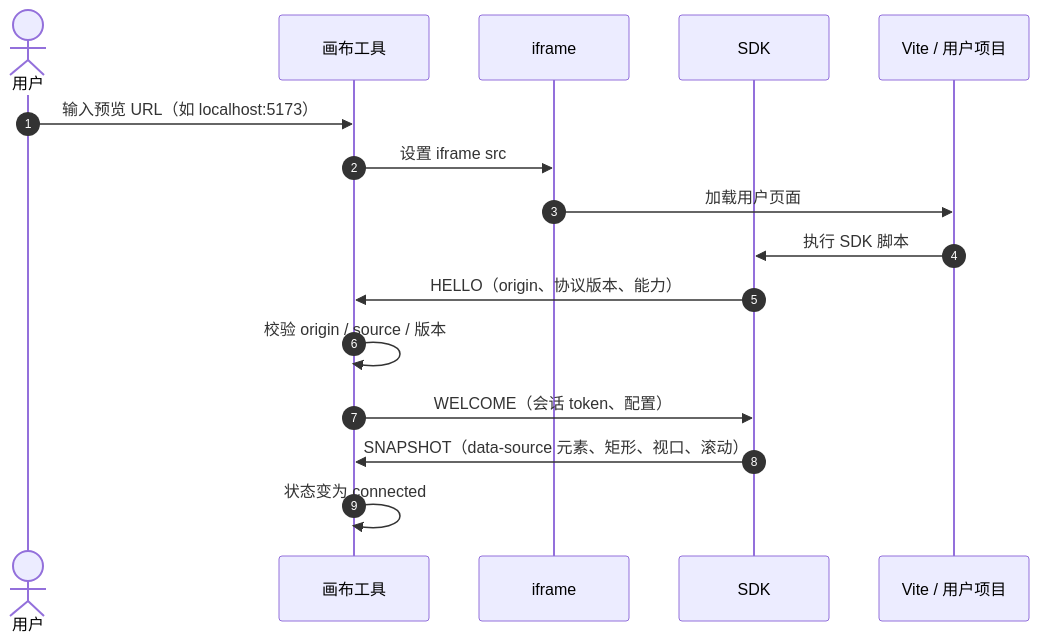
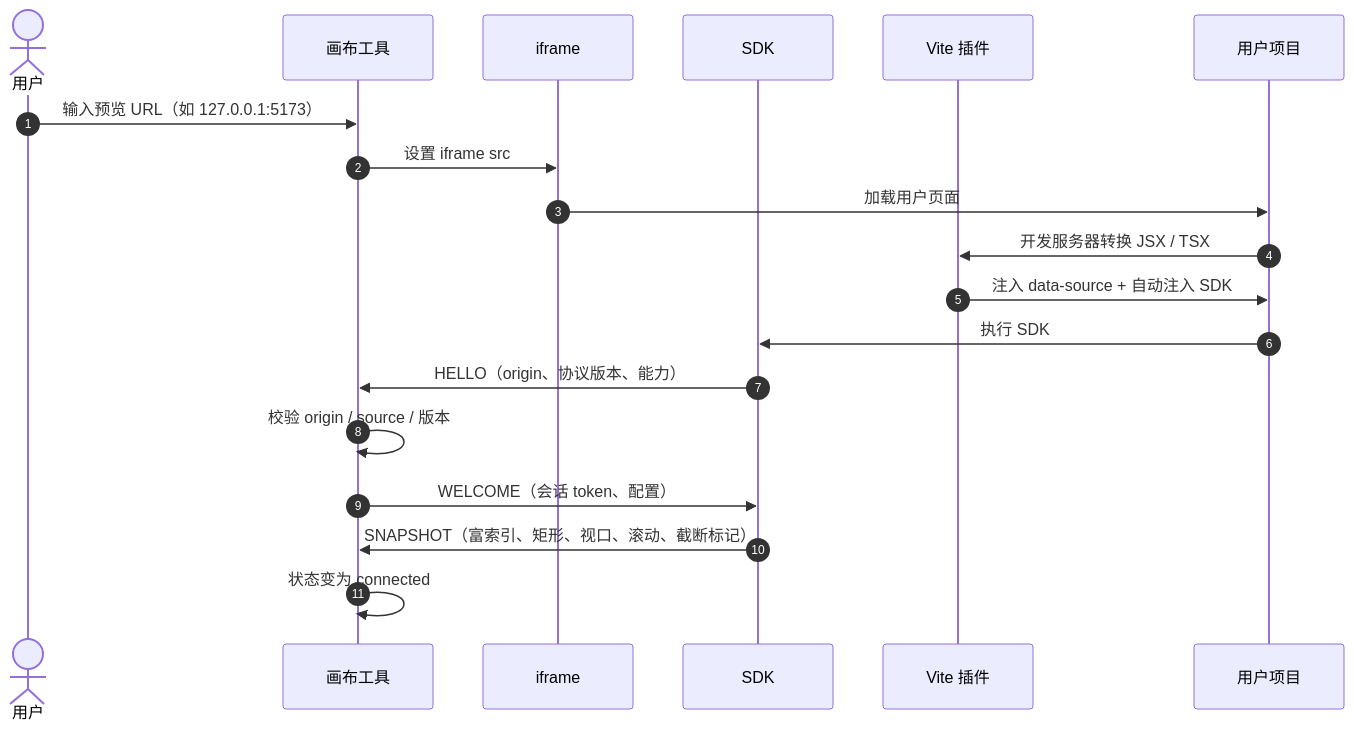
The third of 5 diagrams in docs/design/01.功能模块梳理.md (Cai199999/vibe-app), drawn with Mermaid before and after one commit. The commit also changed other lines of this file and 5 other files, not shown here.

````diff
--- a/docs/design/01.功能模块梳理.md
+++ b/docs/design/01.功能模块梳理.md
@@ -509,19 +575,22 @@
 ```mermaid
 sequenceDiagram
     autonumber
     actor U as 用户
     participant H as 画布工具
     participant F as iframe
     participant S as SDK
-    participant P as Vite / 用户项目
+    participant V as Vite 插件
+    participant P as 用户项目
 
-    U->>H: 输入预览 URL（如 localhost:5173）
+    U->>H: 输入预览 URL（如 127.0.0.1:5173）
     H->>F: 设置 iframe src
     F->>P: 加载用户页面
-    P->>S: 执行 SDK 脚本
+    P->>V: 开发服务器转换 JSX / TSX
+    V->>P: 注入 data-source + 自动注入 SDK
+    P->>S: 执行 SDK
     S->>H: HELLO（origin、协议版本、能力）
     H->>H: 校验 origin / source / 版本
     H->>S: WELCOME（会话 token、配置）
-    S->>H: SNAPSHOT（data-source 元素、矩形、视口、滚动）
+    S->>H: SNAPSHOT（富索引、矩形、视口、滚动、截断标记）
     H->>H: 状态变为 connected
 ```
````
